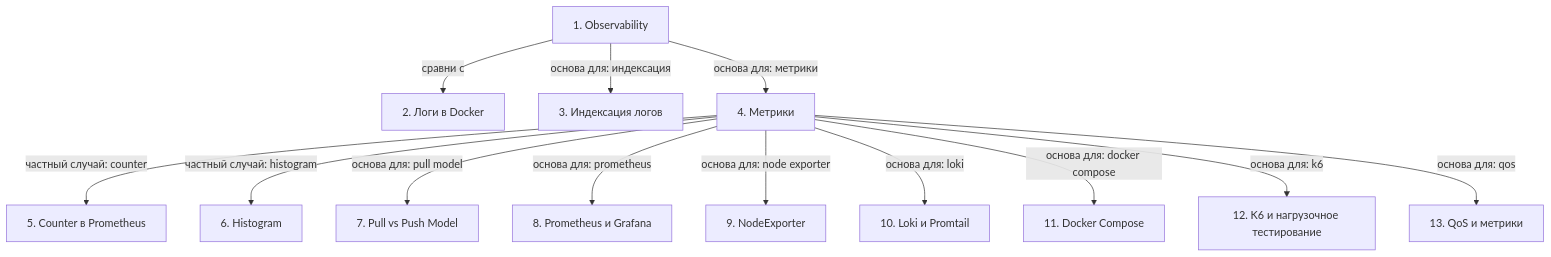
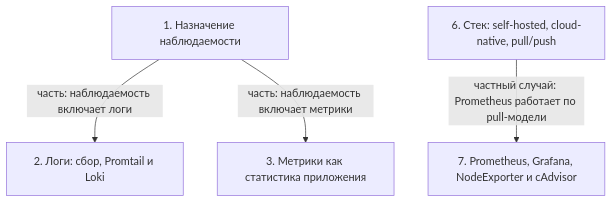
One commit to AsoloCode/notes changed the diagram in SSL.BAND Систем Дизайн/05 - observability — practice/notes.md. Above: the diagram before and after it, drawn with Mermaid. The commit also changed other lines of this file and 391 other files, not shown here.

````diff
--- a/SSL.BAND Систем Дизайн/05 - observability — practice/notes.md
+++ b/SSL.BAND Систем Дизайн/05 - observability — practice/notes.md
@@ -129,28 +175,11 @@
 ```mermaid
 flowchart TD
-    n1["1. Observability"]
-    n2["2. Логи в Docker"]
-    n3["3. Индексация логов"]
-    n4["4. Метрики"]
-    n5["5. Counter в Prometheus"]
-    n6["6. Histogram"]
-    n7["7. Pull vs Push Model"]
-    n8["8. Prometheus и Grafana"]
-    n9["9. NodeExporter"]
-    n10["10. Loki и Promtail"]
-    n11["11. Docker Compose"]
-    n12["12. K6 и нагрузочное тестирование"]
-    n13["13. QoS и метрики"]
-    n1 -->|сравни с| n2
-    n1 -->|основа для: индексация| n3
-    n1 -->|основа для: метрики| n4
-    n4 -->|частный случай: counter| n5
-    n4 -->|частный случай: histogram| n6
-    n4 -->|основа для: pull model| n7
-    n4 -->|основа для: prometheus| n8
-    n4 -->|основа для: node exporter| n9
-    n4 -->|основа для: loki| n10
-    n4 -->|основа для: docker compose| n11
-    n4 -->|основа для: k6| n12
-    n4 -->|основа для: qos| n13
+    n1["1. Назначение наблюдаемости"]
+    n2["2. Логи: сбор, Promtail и Loki"]
+    n3["3. Метрики как статистика приложения"]
+    n6["6. Стек: self-hosted, cloud-native, pull/push"]
+    n7["7. Prometheus, Grafana, NodeExporter и cAdvisor"]
+    n1 -->|часть: наблюдаемость включает логи| n2
+    n1 -->|часть: наблюдаемость включает метрики| n3
+    n6 -->|частный случай: Prometheus работает по pull-модели| n7
 ```
````
